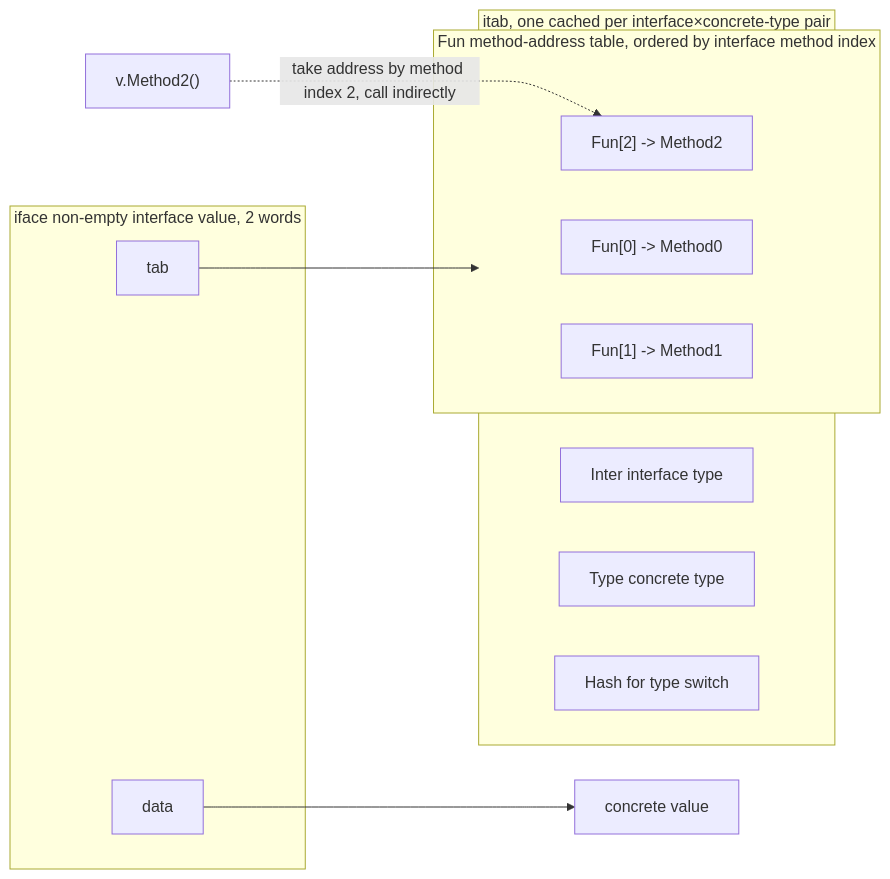
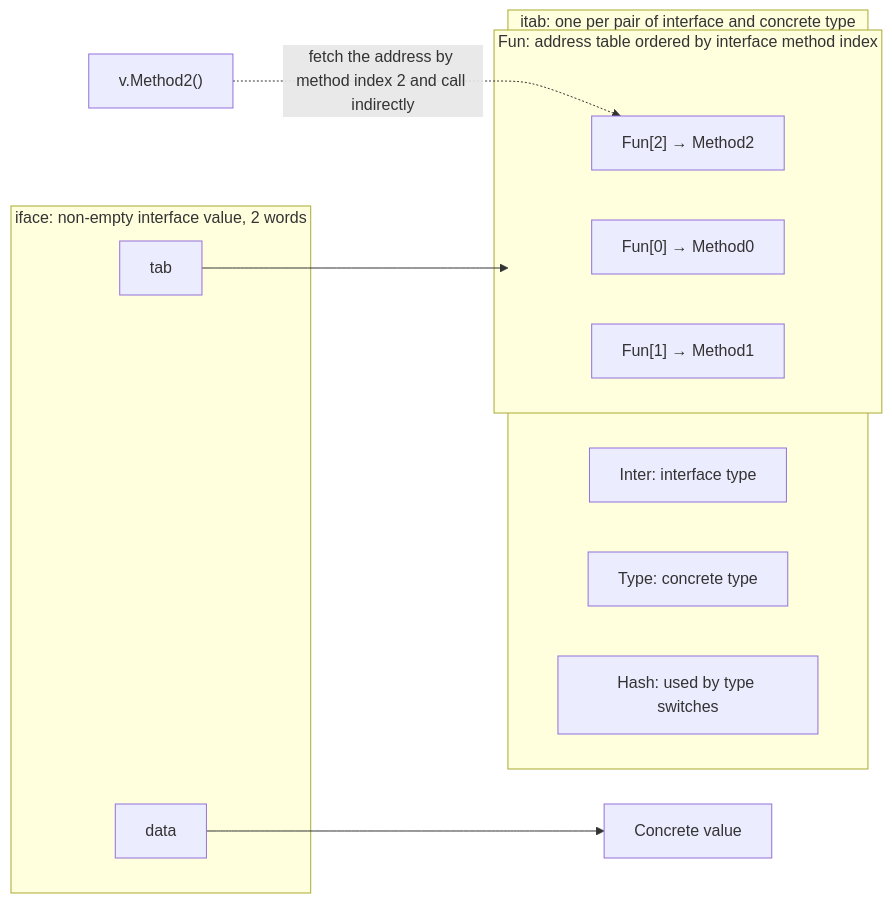
The diagram in book/en-us/part2lang/ch04type/interface.md (golang-design/under-the-hood), drawn with Mermaid before and after one commit. The commit also changed other lines of this file and 24 other files, not shown here.

````diff
--- a/book/en-us/part2lang/ch04type/interface.md
+++ b/book/en-us/part2lang/ch04type/interface.md
@@ -68,20 +132,20 @@
 ```mermaid
 flowchart LR
-    CALL["v.Method2()"] -.->|take address by method index 2, call indirectly| F2
-    subgraph IFACE["iface non-empty interface value, 2 words"]
+    CALL["v.Method2()"] -.->|fetch the address by method index 2 and call indirectly| F2
+    subgraph IFACE["iface: non-empty interface value, 2 words"]
       TAB["tab"]
       DATA["data"]
     end
-    subgraph ITAB["itab, one cached per interface×concrete-type pair"]
-      I["Inter interface type"]
-      T["Type concrete type"]
-      H["Hash for type switch"]
-      subgraph FUN["Fun method-address table, ordered by interface method index"]
-        F0["Fun[0] -> Method0"]
-        F1["Fun[1] -> Method1"]
-        F2["Fun[2] -> Method2"]
+    subgraph ITAB["itab: one per pair of interface and concrete type"]
+      I["Inter: interface type"]
+      T["Type: concrete type"]
+      H["Hash: used by type switches"]
+      subgraph FUN["Fun: address table ordered by interface method index"]
+        F0["Fun[0] → Method0"]
+        F1["Fun[1] → Method1"]
+        F2["Fun[2] → Method2"]
       end
     end
     TAB --> ITAB
-    DATA --> OBJ["concrete value"]
+    DATA --> OBJ["Concrete value"]
 ```
````
